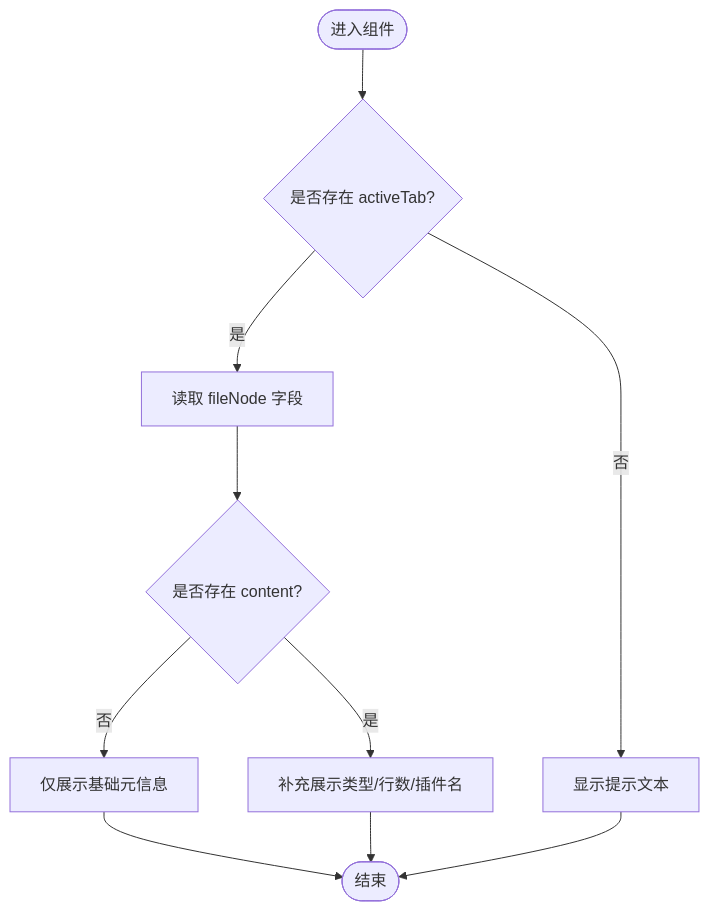
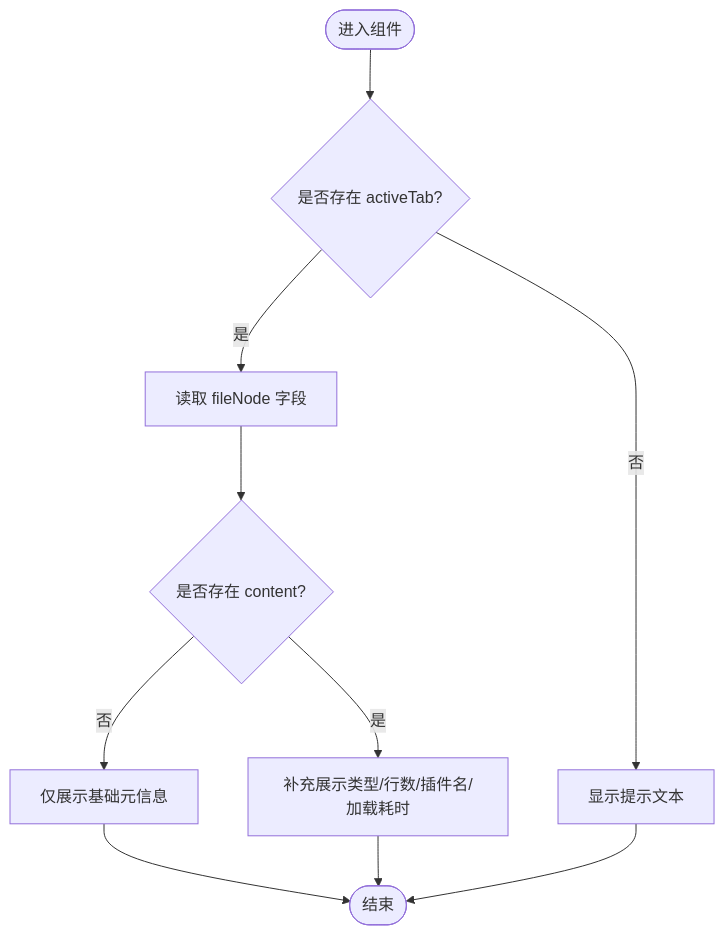
Before and after one commit to taoweidong/Hello-Tauri: the fourth of 7 diagrams in .qoder/repowiki/zh/content/用户界面/核心组件/属性面板组件/属性面板组件.md, drawn with Mermaid. The commit also changed other lines of this file and 14 other files, not shown here.

````diff
--- a/.qoder/repowiki/zh/content/用户界面/核心组件/属性面板组件/属性面板组件.md
+++ b/.qoder/repowiki/zh/content/用户界面/核心组件/属性面板组件/属性面板组件.md
@@ -151,12 +211,12 @@
 ```mermaid
 flowchart TD
 Start(["进入组件"]) --> CheckActive{"是否存在 activeTab?"}
 CheckActive --> |否| Empty["显示提示文本"]
 CheckActive --> |是| ReadNode["读取 fileNode 字段"]
 ReadNode --> ReadContent{"是否存在 content?"}
 ReadContent --> |否| ShowBasic["仅展示基础元信息"]
-ReadContent --> |是| ShowExtra["补充展示类型/行数/插件名"]
+ReadContent --> |是| ShowExtra["补充展示类型/行数/插件名/加载耗时"]
 ShowBasic --> End(["结束"])
 ShowExtra --> End
 Empty --> End
 ```
````
